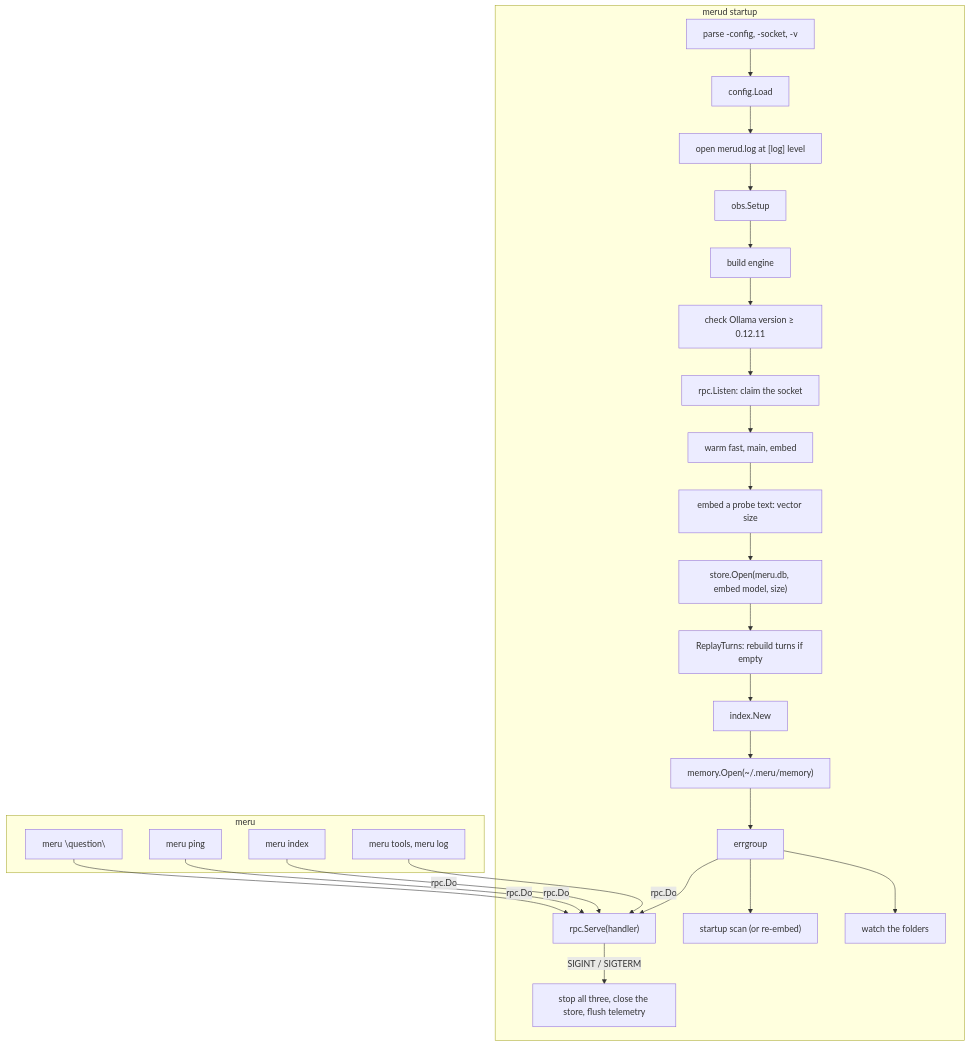
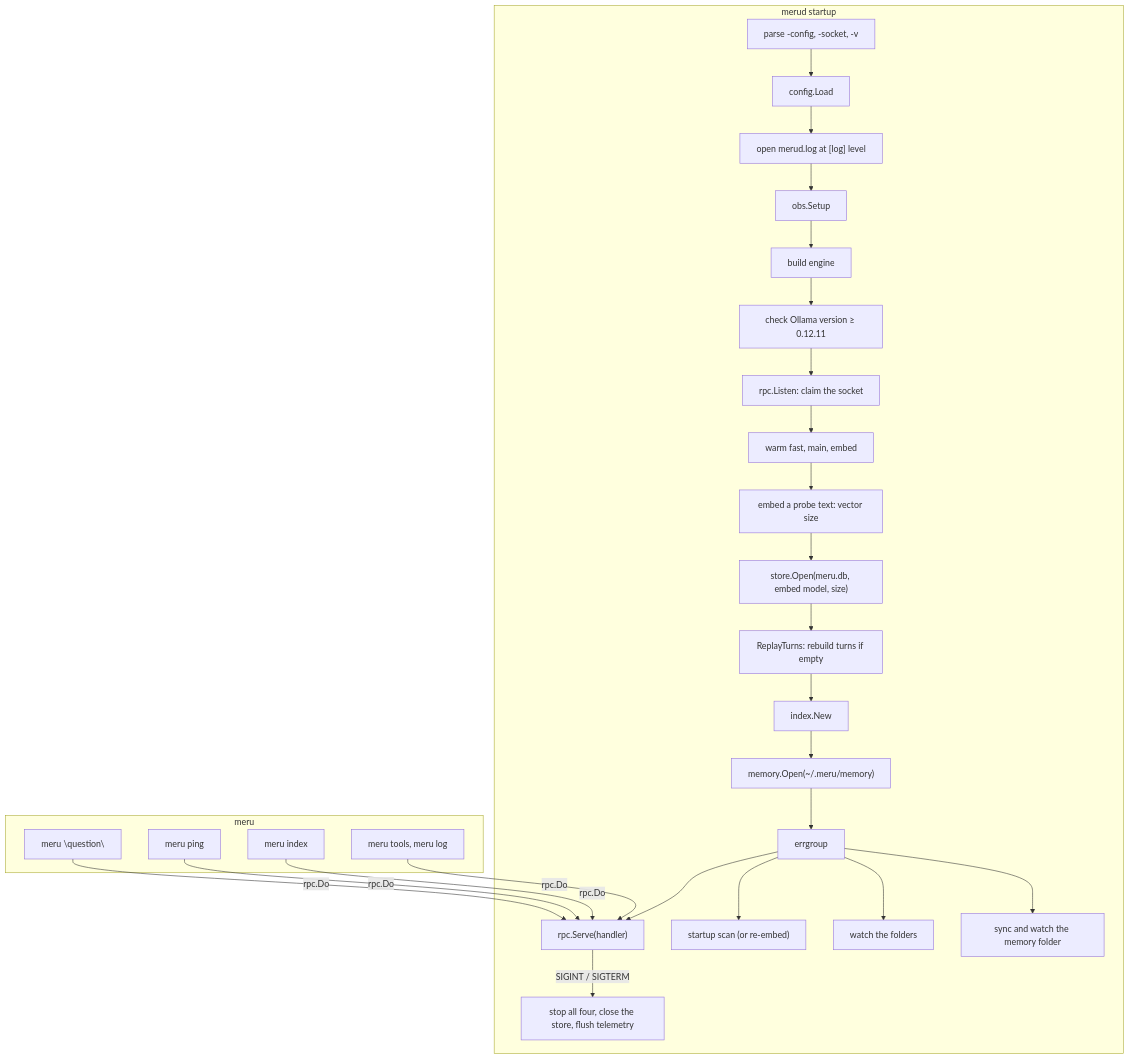
Before and after one commit to aarora79/meru: the diagram in docs/coding-notes/merud.md, drawn with Mermaid. The commit also changed other lines of this file and 35 other files, not shown here.

````diff
--- a/docs/coding-notes/merud.md
+++ b/docs/coding-notes/merud.md
@@ -20,28 +20,29 @@
 ```mermaid
 flowchart TB
     subgraph merud["merud startup"]
         F["parse -config, -socket, -v"] --> L["config.Load"]
         L --> G["open merud.log at [log] level"]
         G --> O["obs.Setup"]
         O --> E["build engine"]
         E --> V["check Ollama version ≥ 0.12.11"]
         V --> S["rpc.Listen: claim the socket"]
         S --> W["warm fast, main, embed"]
         W --> D["embed a probe text: vector size"]
         D --> ST["store.Open(meru.db, embed model, size)"]
         ST --> RT["ReplayTurns: rebuild turns if empty"]
         RT --> IX["index.New"]
         IX --> MO["memory.Open(~/.meru/memory)"]
         MO --> G2["errgroup"]
         G2 --> R["rpc.Serve(handler)"]
         G2 --> SC["startup scan (or re-embed)"]
         G2 --> WA["watch the folders"]
-        R -- "SIGINT / SIGTERM" --> X["stop all three, close the store, flush telemetry"]
+        G2 --> WM["sync and watch the memory folder"]
+        R -- "SIGINT / SIGTERM" --> X["stop all four, close the store, flush telemetry"]
     end
     subgraph meru["meru"]
         A["meru \"question\""] -- "rpc.Do" --> R
         P["meru ping"] -- "rpc.Do" --> R
         I["meru index"] -- "rpc.Do" --> R
         T["meru tools, meru log"] -- "rpc.Do" --> R
     end
 ```
````
